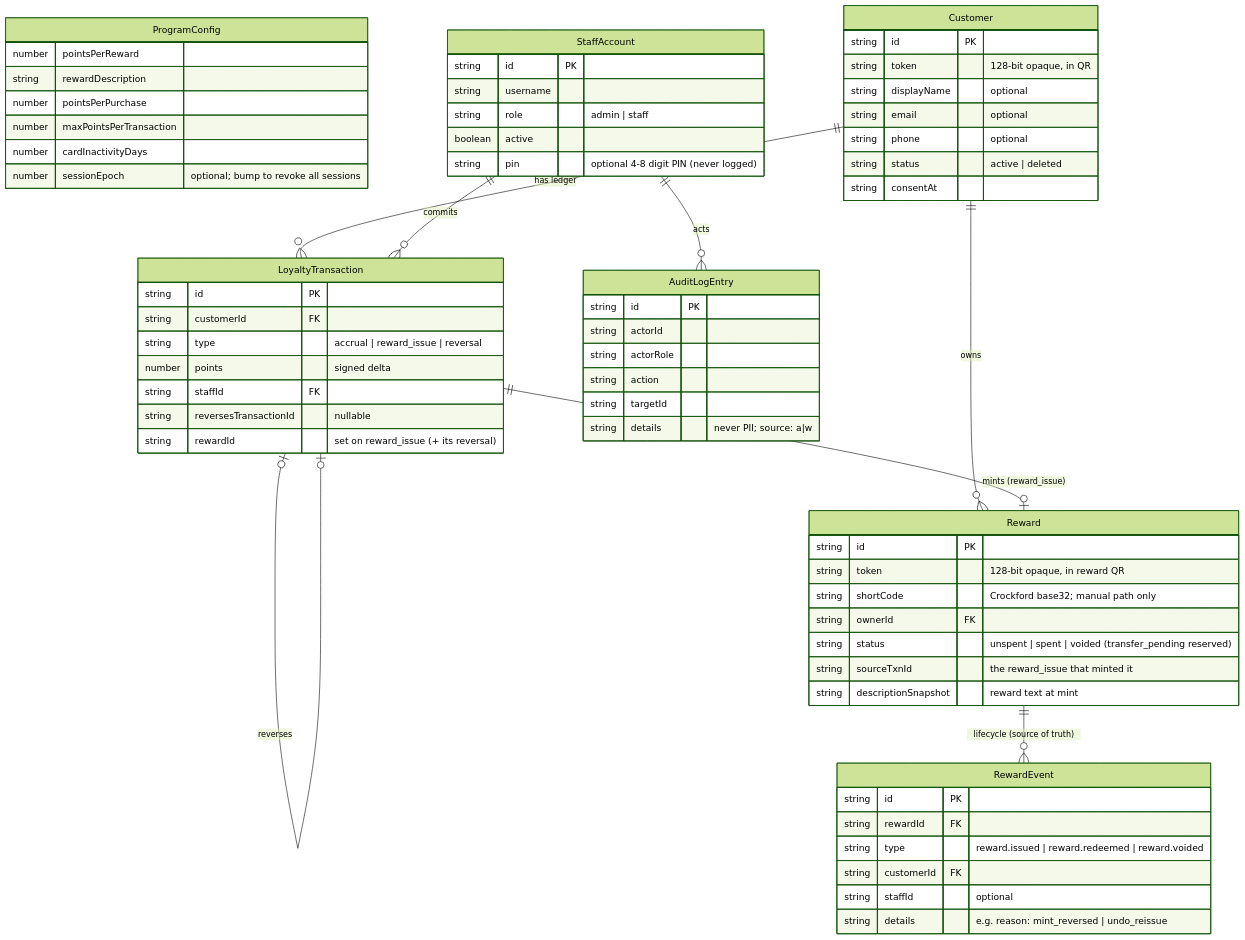
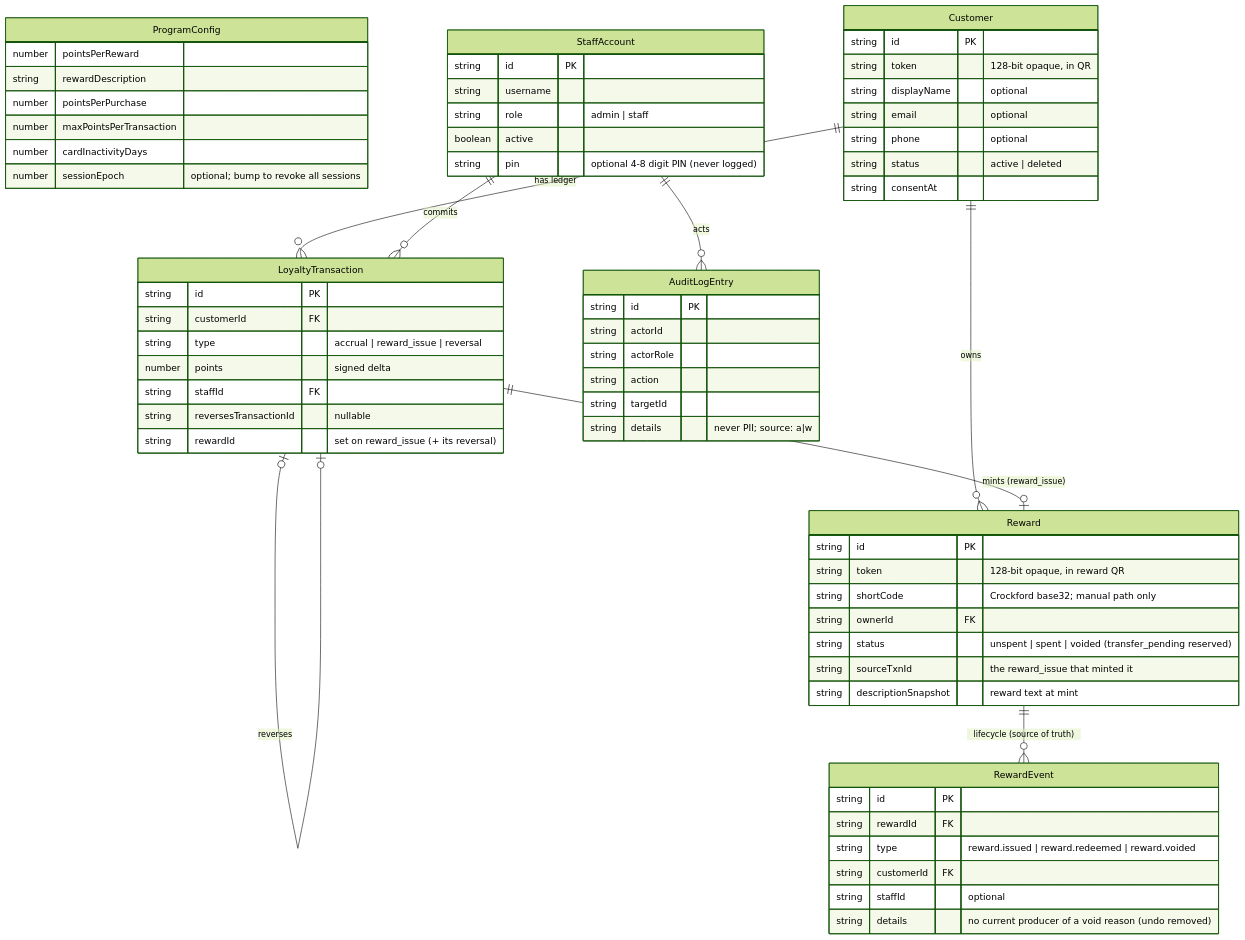
Before and after one commit to misch0n/loyalty-system: the fifth of 6 diagrams in README.md, drawn with Mermaid (forest theme). The commit also changed other lines of this file and 5 other files, not shown here.

````diff
--- a/README.md
+++ b/README.md
@@ -243,69 +253,69 @@
 ```mermaid
 erDiagram
     ProgramConfig {
         number pointsPerReward
         string rewardDescription
         number pointsPerPurchase
         number maxPointsPerTransaction
         number cardInactivityDays
         number sessionEpoch "optional; bump to revoke all sessions"
     }
     StaffAccount {
         string id PK
         string username
         string role "admin | staff"
         boolean active
         string pin "optional 4-8 digit PIN (never logged)"
     }
     Customer {
         string id PK
         string token "128-bit opaque, in QR"
         string displayName "optional"
         string email "optional"
         string phone "optional"
         string status "active | deleted"
         string consentAt
     }
     LoyaltyTransaction {
         string id PK
         string customerId FK
         string type "accrual | reward_issue | reversal"
         number points "signed delta"
         string staffId FK
         string reversesTransactionId "nullable"
         string rewardId "set on reward_issue (+ its reversal)"
     }
     Reward {
         string id PK
         string token "128-bit opaque, in reward QR"
         string shortCode "Crockford base32; manual path only"
         string ownerId FK
         string status "unspent | spent | voided (transfer_pending reserved)"
         string sourceTxnId "the reward_issue that minted it"
         string descriptionSnapshot "reward text at mint"
     }
     RewardEvent {
         string id PK
         string rewardId FK
         string type "reward.issued | reward.redeemed | reward.voided"
         string customerId FK
         string staffId "optional"
-        string details "e.g. reason: mint_reversed | undo_reissue"
+        string details "no current producer of a void reason (undo removed)"
     }
     AuditLogEntry {
         string id PK
         string actorId
         string actorRole
         string action
         string targetId
         string details "never PII; source: a|w"
     }
 
     Customer ||--o{ LoyaltyTransaction : "has ledger"
     StaffAccount ||--o{ LoyaltyTransaction : "commits"
     LoyaltyTransaction |o--o| LoyaltyTransaction : "reverses"
     Customer ||--o{ Reward : "owns"
     LoyaltyTransaction ||--o| Reward : "mints (reward_issue)"
     Reward ||--o{ RewardEvent : "lifecycle (source of truth)"
     StaffAccount ||--o{ AuditLogEntry : "acts"
 ```
````
